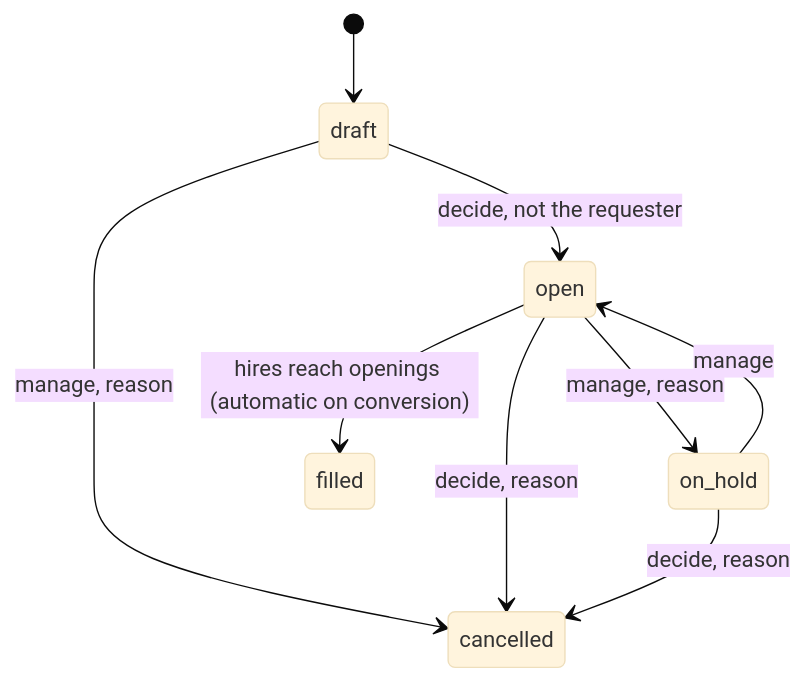
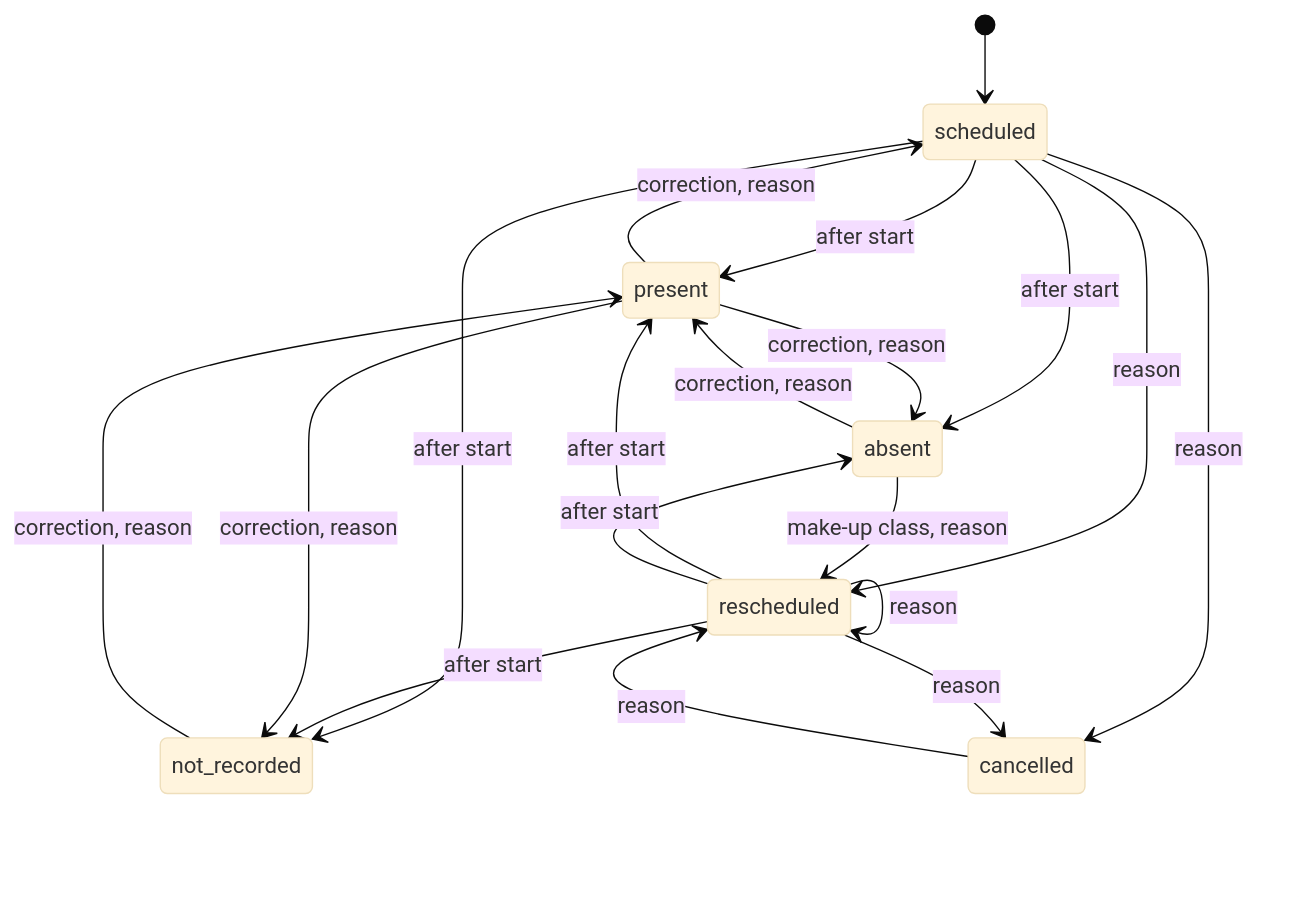
The fifth of 17 diagrams in apps/business-ops-os/docs/WORKFLOWS.md (team832/Elevate-OS), drawn with Mermaid (base theme) before and after one commit. The commit also changed other lines of this file and 773 other files, not shown here.

````diff
--- a/apps/business-ops-os/docs/WORKFLOWS.md
+++ b/apps/business-ops-os/docs/WORKFLOWS.md
@@ -119,11 +88,21 @@
 ```mermaid
 stateDiagram-v2
-  [*] --> draft
-  draft --> open: decide, not the requester
-  draft --> cancelled: manage, reason
-  open --> on_hold: manage, reason
-  on_hold --> open: manage
-  open --> filled: hires reach openings (automatic on conversion)
-  open --> cancelled: decide, reason
-  on_hold --> cancelled: decide, reason
+  [*] --> scheduled
+  scheduled --> present: after start
+  scheduled --> absent: after start
+  scheduled --> not_recorded: after start
+  scheduled --> rescheduled: reason
+  scheduled --> cancelled: reason
+  rescheduled --> present: after start
+  rescheduled --> absent: after start
+  rescheduled --> not_recorded: after start
+  rescheduled --> rescheduled: reason
+  rescheduled --> cancelled: reason
+  present --> absent: correction, reason
+  absent --> present: correction, reason
+  present --> not_recorded: correction, reason
+  not_recorded --> present: correction, reason
+  present --> scheduled: correction, reason
+  absent --> rescheduled: make-up class, reason
+  cancelled --> rescheduled: reason
 ```
````
